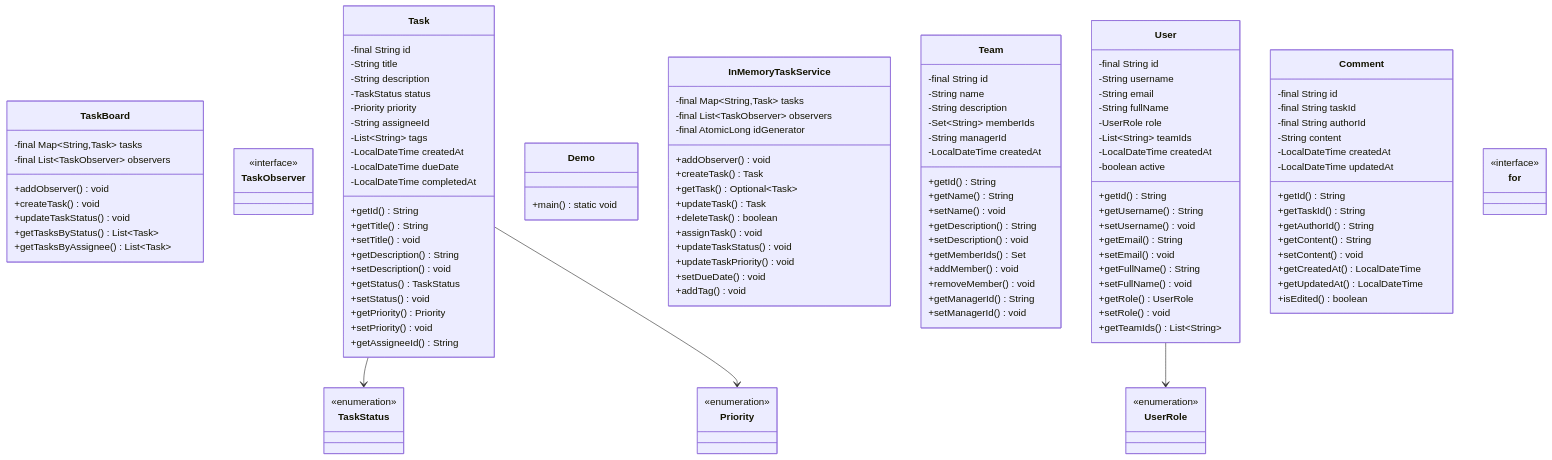
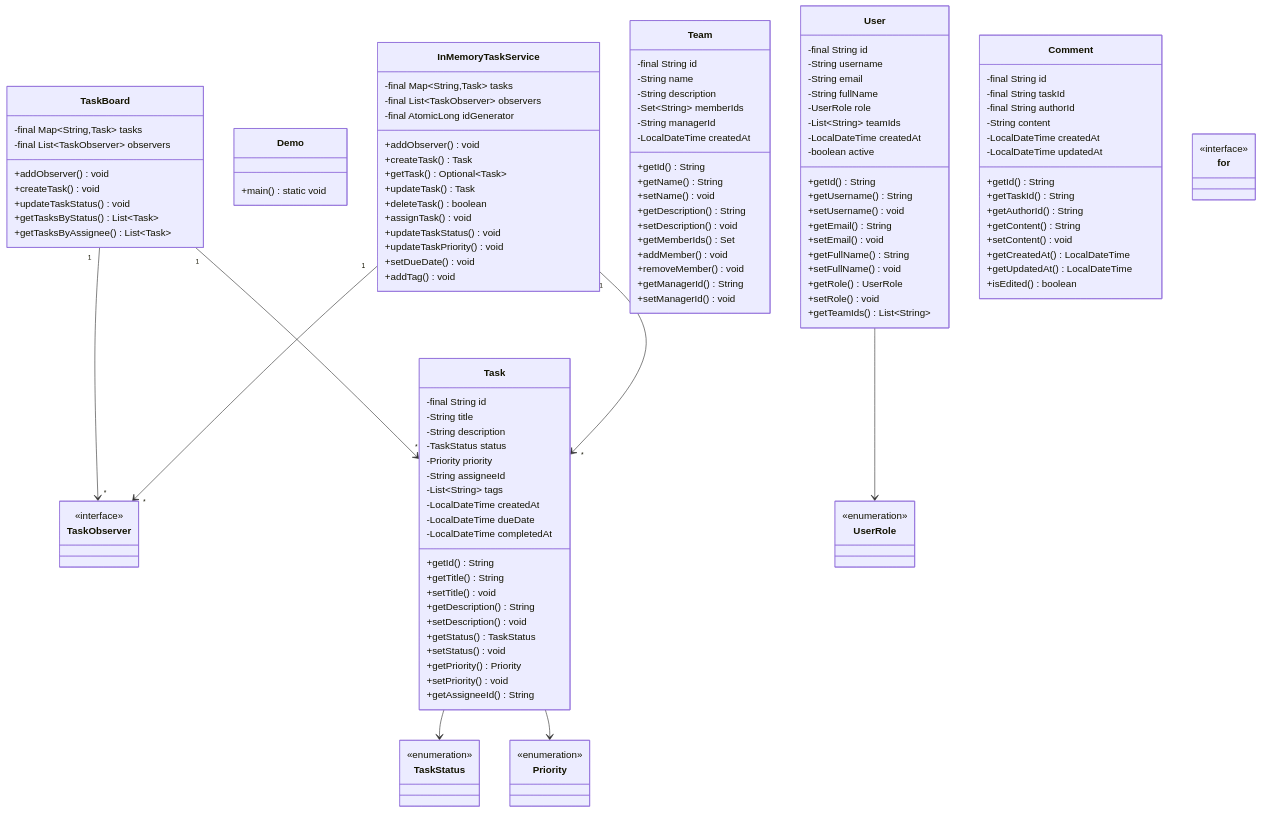
One commit to dlkr18/lld-playbook changed the diagram in docs/problems/taskmanagement/README.md. Above: the diagram before and after it, drawn with Mermaid. The commit also changed 119 other files, not shown here.

First line of the commit message:
feat: add comprehensive relationships to all class diagrams

````diff
--- a/docs/problems/taskmanagement/README.md
+++ b/docs/problems/taskmanagement/README.md
@@ -212,7 +212,11 @@
     class for
     <<interface>> for
 
+    TaskBoard "1" --> "*" Task
+    TaskBoard "1" --> "*" TaskObserver
     Task --> TaskStatus
     Task --> Priority
+    InMemoryTaskService "1" --> "*" Task
+    InMemoryTaskService "1" --> "*" TaskObserver
     User --> UserRole
 ```
````
